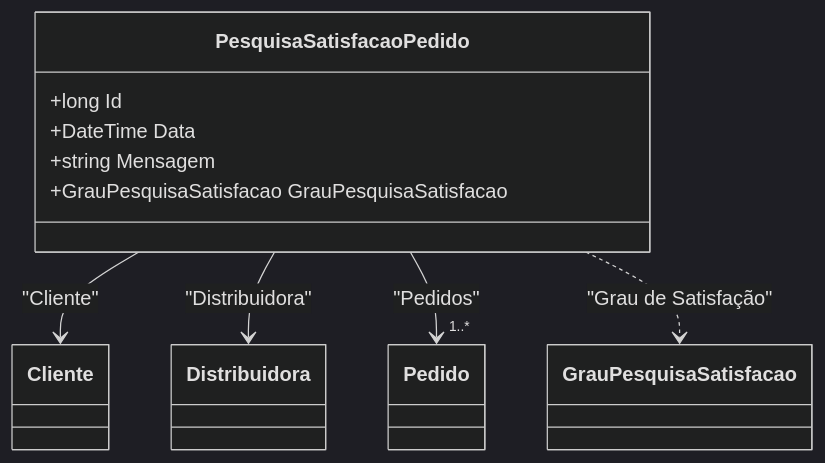
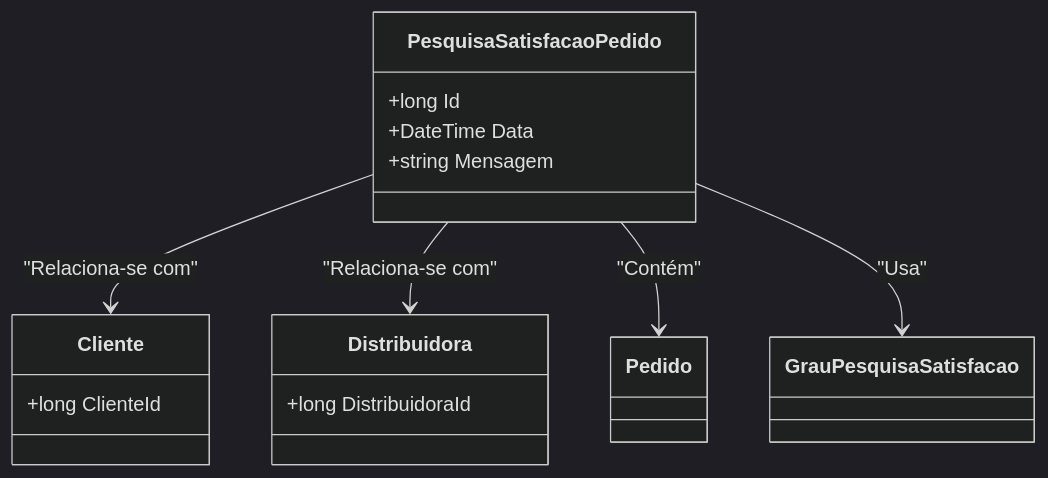
The diagram in docs/b2b-dominio/IsthmusWinthor.Nucleo/IsthmusWinthor.Dominio/Entidades/PesquisaSatisfacaoPedido.md (IsthmusSistemas/documentacao-tecnica), drawn with Mermaid (dark theme) before and after one commit. The commit also changed other lines of this file and 882 other files, not shown here.

````diff
--- a/docs/b2b-dominio/IsthmusWinthor.Nucleo/IsthmusWinthor.Dominio/Entidades/PesquisaSatisfacaoPedido.md
+++ b/docs/b2b-dominio/IsthmusWinthor.Nucleo/IsthmusWinthor.Dominio/Entidades/PesquisaSatisfacaoPedido.md
@@ -23,17 +24,27 @@
 ```mermaid
 classDiagram
     class PesquisaSatisfacaoPedido {
         +long Id
         +DateTime Data
         +string Mensagem
-        +GrauPesquisaSatisfacao GrauPesquisaSatisfacao
     }
-    class Cliente
-    class Distribuidora
-    class Pedido
 
-    PesquisaSatisfacaoPedido --> Cliente : "Cliente"
-    PesquisaSatisfacaoPedido --> Distribuidora : "Distribuidora"
-    PesquisaSatisfacaoPedido --> "1..*" Pedido : "Pedidos"
-    PesquisaSatisfacaoPedido ..> GrauPesquisaSatisfacao : "Grau de Satisfação"
+    class Cliente {
+        +long ClienteId
+    }
+
+    class Distribuidora {
+        +long DistribuidoraId
+    }
+
+    class Pedido {
+    }
+
+    class GrauPesquisaSatisfacao {
+    }
+
+    PesquisaSatisfacaoPedido --> Cliente : "Relaciona-se com"
+    PesquisaSatisfacaoPedido --> Distribuidora : "Relaciona-se com"
+    PesquisaSatisfacaoPedido --> Pedido : "Contém"
+    PesquisaSatisfacaoPedido --> GrauPesquisaSatisfacao : "Usa"
 ```
````
